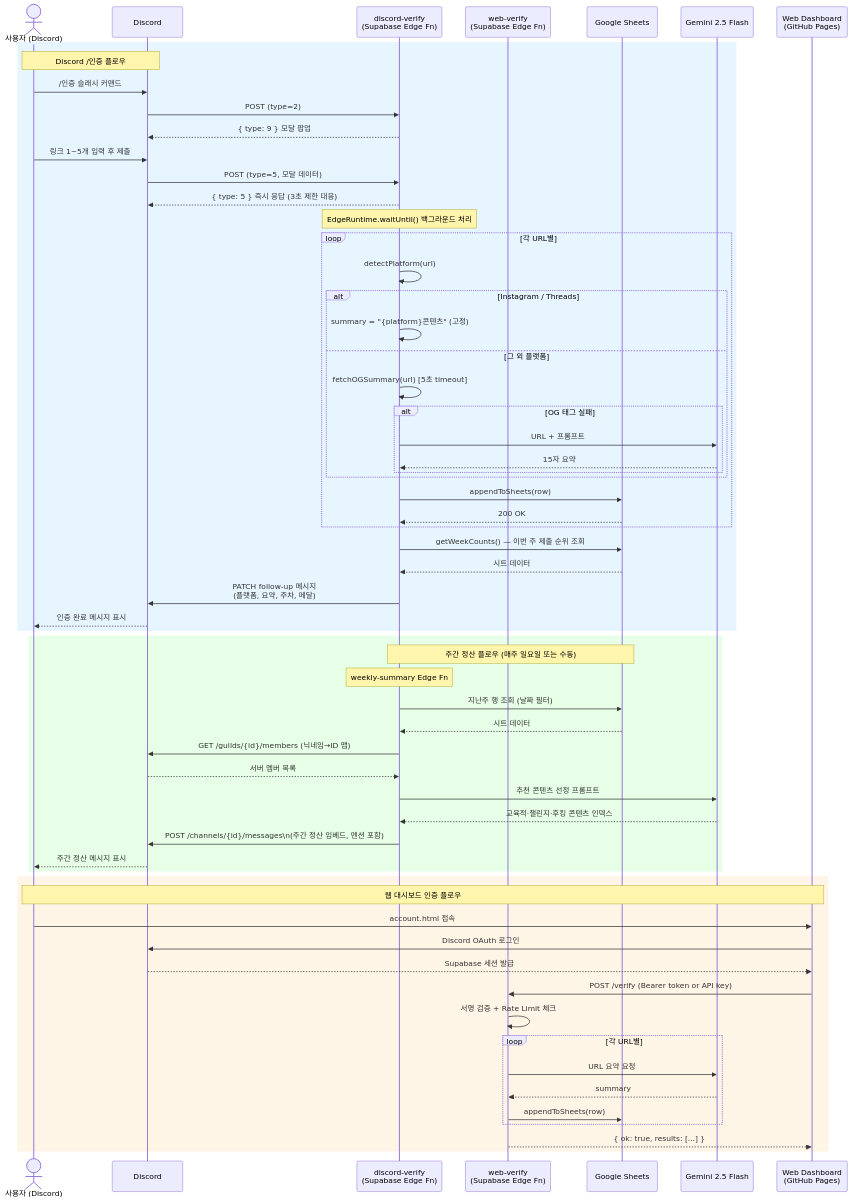
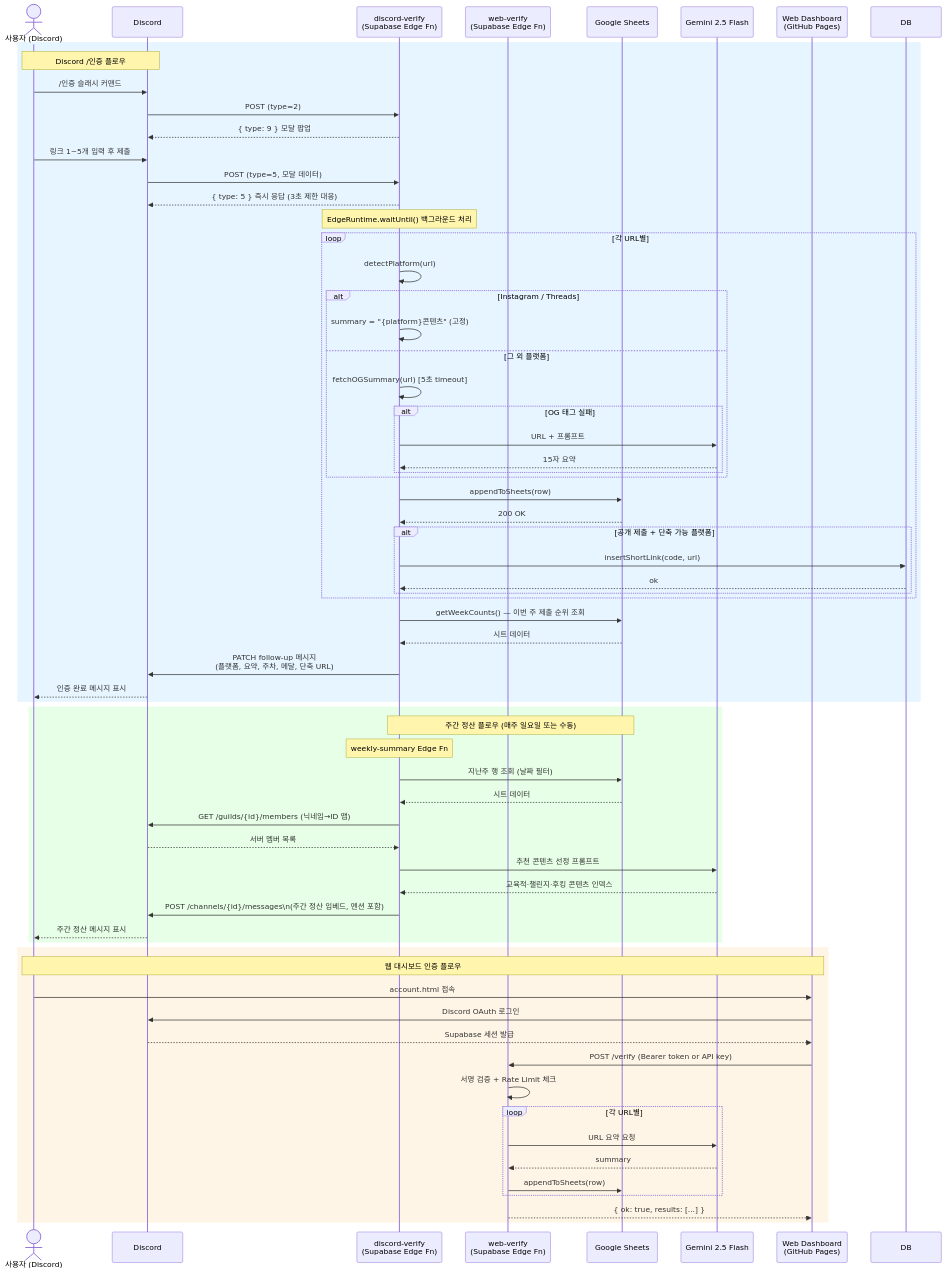
One commit to ggplab/content_designer_challenge changed the first of 3 diagrams in docs/architecture.md. Above: the diagram before and after it, drawn with Mermaid. The commit also changed other lines of this file and 1 other file, not shown here.

````diff
--- a/docs/architecture.md
+++ b/docs/architecture.md
@@ -9,71 +9,75 @@
 ```mermaid
 sequenceDiagram
     actor User as 사용자 (Discord)
     participant DC as Discord
     participant DV as discord-verify<br/>(Supabase Edge Fn)
     participant WV as web-verify<br/>(Supabase Edge Fn)
     participant GS as Google Sheets
     participant GM as Gemini 2.5 Flash
     participant WEB as Web Dashboard<br/>(GitHub Pages)
 
     %% Discord 인증 플로우
     rect rgb(230, 245, 255)
         Note over User,DC: Discord /인증 플로우
         User->>DC: /인증 슬래시 커맨드
         DC->>DV: POST (type=2)
         DV-->>DC: { type: 9 } 모달 팝업
         User->>DC: 링크 1~5개 입력 후 제출
         DC->>DV: POST (type=5, 모달 데이터)
         DV-->>DC: { type: 5 } 즉시 응답 (3초 제한 대응)
 
         Note over DV: EdgeRuntime.waitUntil() 백그라운드 처리
         loop 각 URL별
             DV->>DV: detectPlatform(url)
             alt Instagram / Threads
                 DV->>DV: summary = "{platform}콘텐츠" (고정)
             else 그 외 플랫폼
                 DV->>DV: fetchOGSummary(url) [5초 timeout]
                 alt OG 태그 실패
                     DV->>GM: URL + 프롬프트
                     GM-->>DV: 15자 요약
                 end
             end
             DV->>GS: appendToSheets(row)
             GS-->>DV: 200 OK
+            alt 공개 제출 + 단축 가능 플랫폼
+                DV->>DB: insertShortLink(code, url)
+                DB-->>DV: ok
+            end
         end
         DV->>GS: getWeekCounts() — 이번 주 제출 순위 조회
         GS-->>DV: 시트 데이터
-        DV->>DC: PATCH follow-up 메시지<br/>(플랫폼, 요약, 주차, 메달)
+        DV->>DC: PATCH follow-up 메시지<br/>(플랫폼, 요약, 주차, 메달, 단축 URL)
         DC-->>User: 인증 완료 메시지 표시
     end
 
     %% 주간 정산 플로우
     rect rgb(230, 255, 230)
         Note over DV,GS: 주간 정산 플로우 (매주 일요일 또는 수동)
         Note over DV: weekly-summary Edge Fn
         DV->>GS: 지난주 행 조회 (날짜 필터)
         GS-->>DV: 시트 데이터
         DV->>DC: GET /guilds/{id}/members (닉네임→ID 맵)
         DC-->>DV: 서버 멤버 목록
         DV->>GM: 추천 콘텐츠 선정 프롬프트
         GM-->>DV: 교육적·챌린지·후킹 콘텐츠 인덱스
         DV->>DC: POST /channels/{id}/messages\n(주간 정산 임베드, 멘션 포함)
         DC-->>User: 주간 정산 메시지 표시
     end
 
     %% 웹 인증 플로우
     rect rgb(255, 245, 230)
         Note over User,WEB: 웹 대시보드 인증 플로우
         User->>WEB: account.html 접속
         WEB->>DC: Discord OAuth 로그인
         DC-->>WEB: Supabase 세션 발급
         WEB->>WV: POST /verify (Bearer token or API key)
         WV->>WV: 서명 검증 + Rate Limit 체크
         loop 각 URL별
             WV->>GM: URL 요약 요청
             GM-->>WV: summary
             WV->>GS: appendToSheets(row)
         end
         WV-->>WEB: { ok: true, results: [...] }
     end
 ```
````
